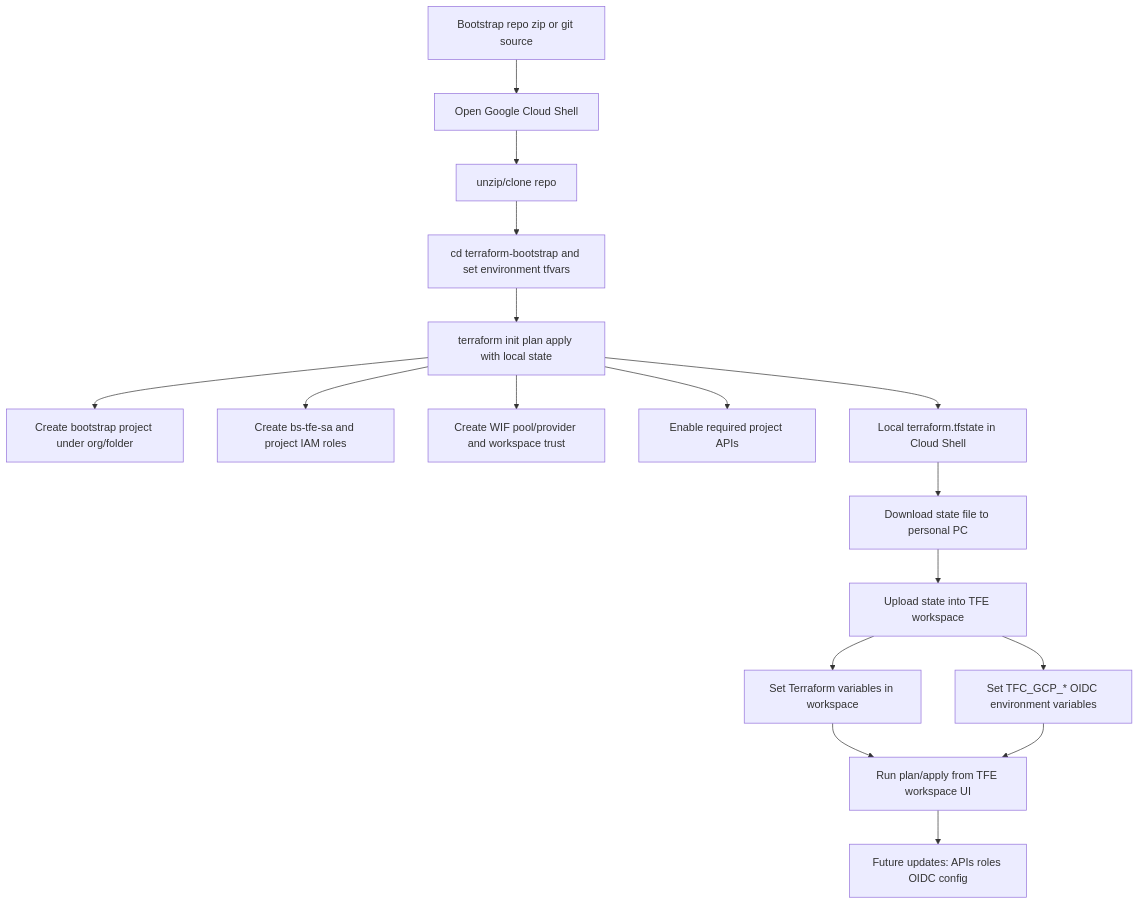
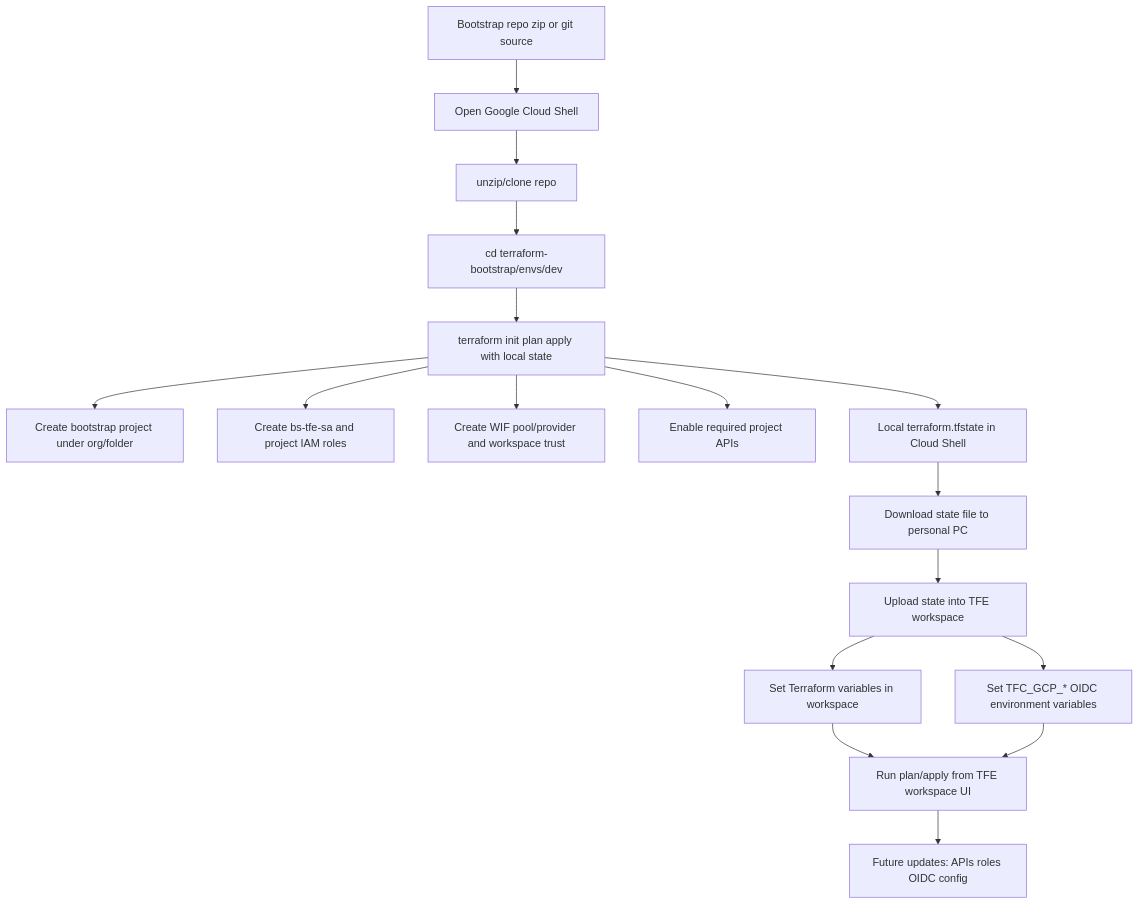
Before and after one commit to UttamGiri/GCP-Bootstrap: the diagram in BOOTSTRAP-FLOW.md, drawn with Mermaid. The commit also changed other lines of this file and 12 other files, not shown here.

````diff
--- a/BOOTSTRAP-FLOW.md
+++ b/BOOTSTRAP-FLOW.md
@@ -3,24 +3,24 @@
 ```mermaid
 flowchart TD
     A[Bootstrap repo zip or git source]
     A --> B[Open Google Cloud Shell]
     B --> C[unzip/clone repo]
-    C --> D[cd terraform-bootstrap and set environment tfvars]
+    C --> D[cd terraform-bootstrap/envs/dev]
     D --> E[terraform init plan apply with local state]
 
     E --> P[Create bootstrap project under org/folder]
     E --> S[Create bs-tfe-sa and project IAM roles]
     E --> W[Create WIF pool/provider and workspace trust]
     E --> API[Enable required project APIs]
 
     E --> L[Local terraform.tfstate in Cloud Shell]
     L --> DL[Download state file to personal PC]
     DL --> UP[Upload state into TFE workspace]
 
     UP --> TV[Set Terraform variables in workspace]
     UP --> EV[Set TFC_GCP_* OIDC environment variables]
     TV --> RUN[Run plan/apply from TFE workspace UI]
     EV --> RUN
 
     RUN --> U[Future updates: APIs roles OIDC config]
 ```
````
